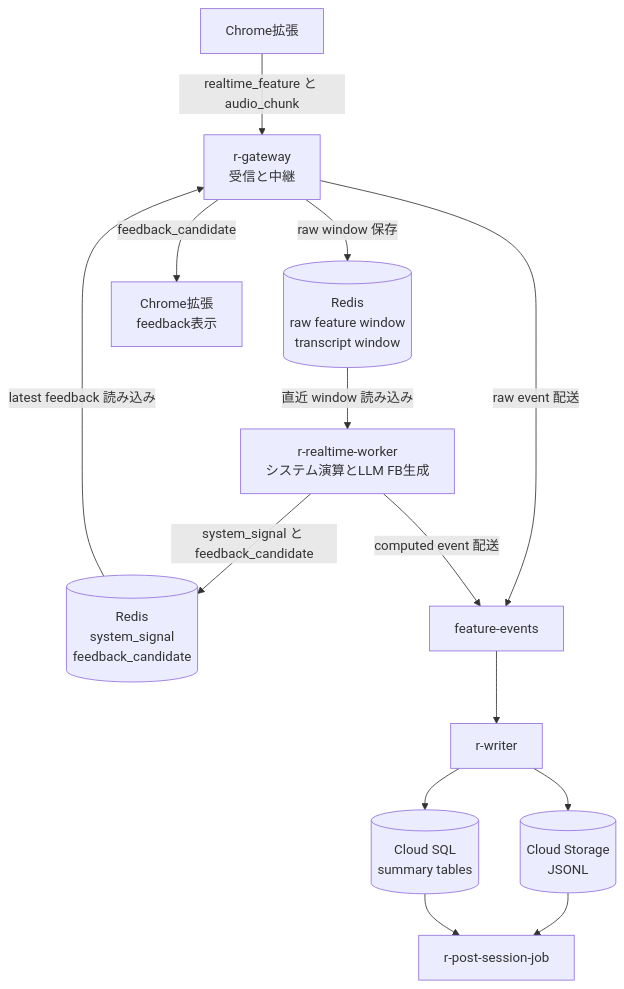
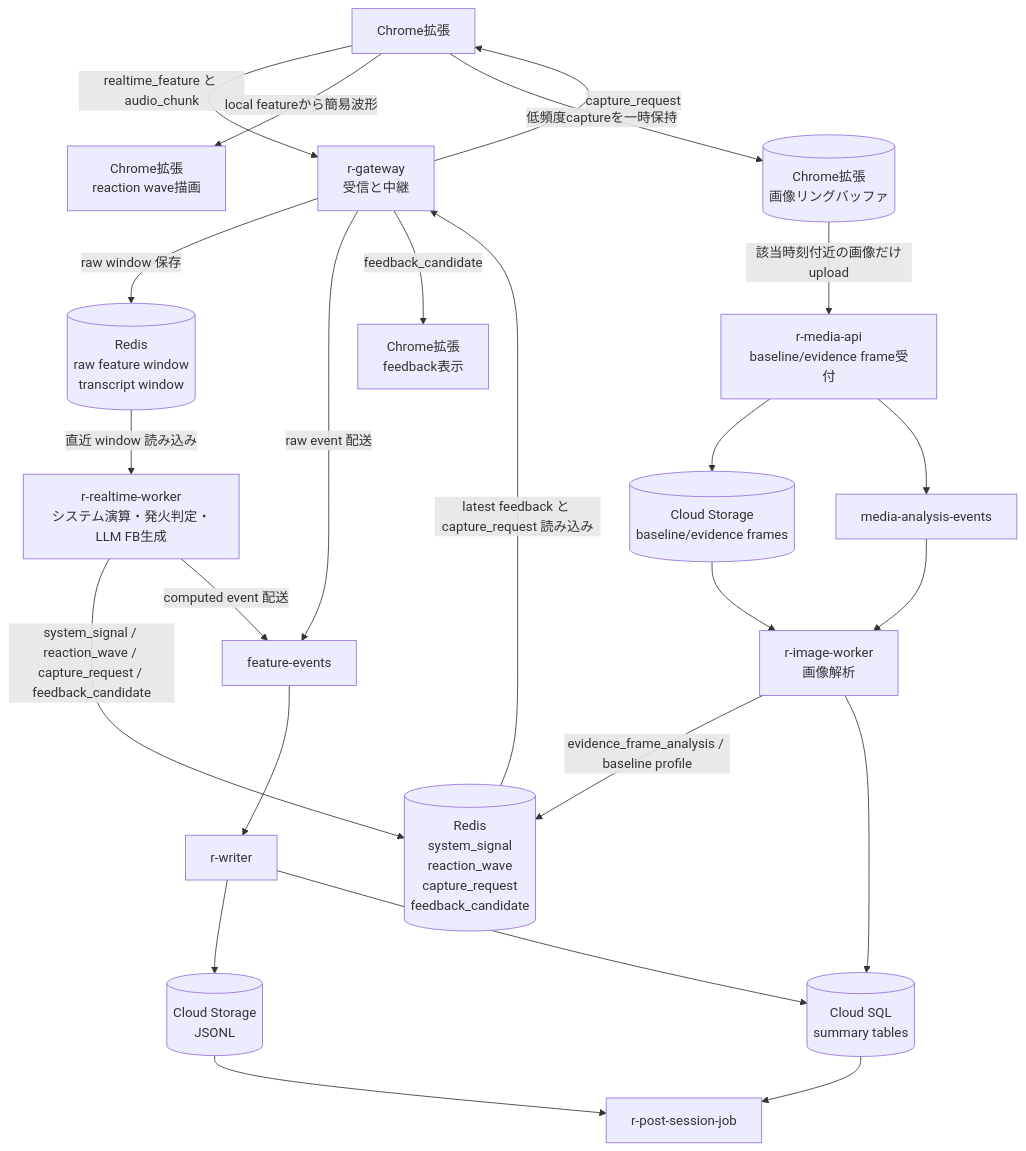
Before and after one commit to k-kanke/reaction-engine: the diagram in docs/system-computation-flow.md, drawn with Mermaid. The commit also changed other lines of this file and 1 other file, not shown here.

Commit message:
add plan, fix flow

````diff
--- a/docs/system-computation-flow.md
+++ b/docs/system-computation-flow.md
@@ -91,28 +127,44 @@
 ```mermaid
 flowchart TD
   chrome["Chrome拡張"]
+  waveUi["Chrome拡張<br/>reaction wave描画"]
+  ringBuffer[("Chrome拡張<br/>画像リングバッファ")]
   gateway["r-gateway<br/>受信と中継"]
   redisRaw[("Redis<br/>raw feature window<br/>transcript window")]
-  realtimeWorker["r-realtime-worker<br/>システム演算とLLM FB生成"]
-  redisComputed[("Redis<br/>system_signal<br/>feedback_candidate")]
+  realtimeWorker["r-realtime-worker<br/>システム演算・発火判定・LLM FB生成"]
+  redisComputed[("Redis<br/>system_signal<br/>reaction_wave<br/>capture_request<br/>feedback_candidate")]
+  mediaApi["r-media-api<br/>baseline/evidence frame受付"]
+  imageWorker["r-image-worker<br/>画像解析"]
+  mediaPubsub["media-analysis-events"]
   pubsub["feature-events"]
   writer["r-writer"]
   storage[("Cloud Storage<br/>JSONL")]
+  frameStorage[("Cloud Storage<br/>baseline/evidence frames")]
   sql[("Cloud SQL<br/>summary tables")]
   postJob["r-post-session-job"]
   chromeFeedback["Chrome拡張<br/>feedback表示"]
 
   chrome -->|"realtime_feature と audio_chunk"| gateway
+  chrome -->|"local featureから簡易波形"| waveUi
+  chrome -->|"低頻度captureを一時保持"| ringBuffer
   gateway -->|"raw window 保存"| redisRaw
   gateway -->|"raw event 配送"| pubsub
   redisRaw -->|"直近 window 読み込み"| realtimeWorker
-  realtimeWorker -->|"system_signal と feedback_candidate"| redisComputed
+  realtimeWorker -->|"system_signal / reaction_wave / capture_request / feedback_candidate"| redisComputed
   realtimeWorker -->|"computed event 配送"| pubsub
-  redisComputed -->|"latest feedback 読み込み"| gateway
+  redisComputed -->|"latest feedback と capture_request 読み込み"| gateway
+  gateway -->|"capture_request"| chrome
+  ringBuffer -->|"該当時刻付近の画像だけupload"| mediaApi
+  mediaApi --> frameStorage
+  mediaApi --> mediaPubsub
+  mediaPubsub --> imageWorker
+  imageWorker -->|"evidence_frame_analysis / baseline profile"| redisComputed
+  imageWorker --> sql
   gateway -->|"feedback_candidate"| chromeFeedback
   pubsub --> writer
   writer --> storage
   writer --> sql
+  frameStorage --> imageWorker
   storage --> postJob
   sql --> postJob
 ```
````
